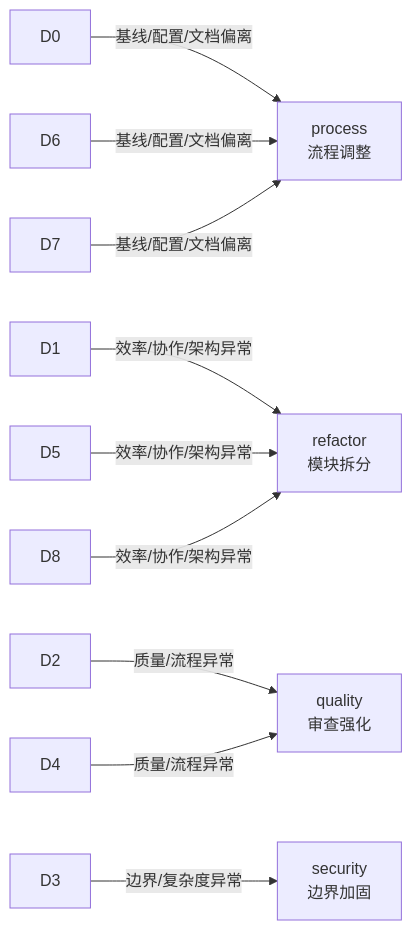
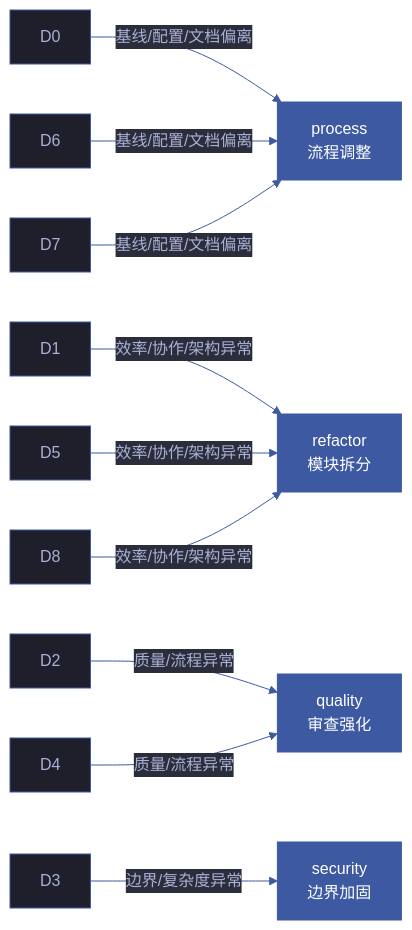
One commit to effiy/YrY changed the fifth of 10 diagrams in skills/rui-yry/rules/self-improve.md. Above: the diagram before and after it, drawn with Mermaid. The commit also changed other lines of this file and 1028 other files, not shown here.

````diff
--- a/skills/rui-yry/rules/self-improve.md
+++ b/skills/rui-yry/rules/self-improve.md
@@ -150,9 +185,17 @@
 ```mermaid
+%%{init: {'theme': 'base', 'themeVariables': {
+  'primaryColor': '#1e1f2b',
+  'primaryTextColor': '#a9b1d6',
+  'primaryBorderColor': '#3d59a1',
+  'lineColor': '#3d59a1',
+  'secondaryColor': '#2b2d3b',
+  'tertiaryColor': '#21232f'
+}}}%%
 flowchart LR
     D0 & D6 & D7 -->|"基线/配置/文档偏离"| PRC["process<br/>流程调整"]:::prop
     D1 & D5 & D8 -->|"效率/协作/架构异常"| REF["refactor<br/>模块拆分"]:::prop
     D2 & D4 -->|"质量/流程异常"| QLT["quality<br/>审查强化"]:::prop
     D3 -->|"边界/复杂度异常"| SEC["security<br/>边界加固"]:::prop
 
-
+    classDef prop fill:#3d59a1,color:#fff
 ```
````
